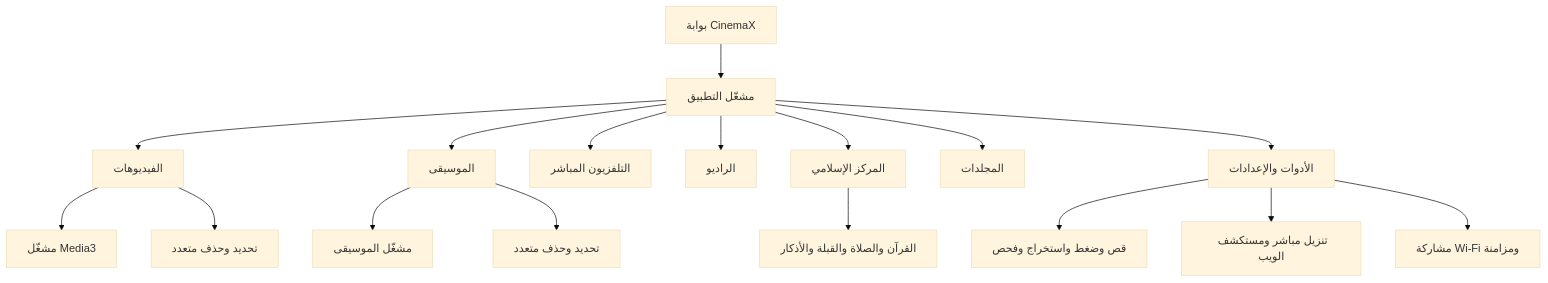
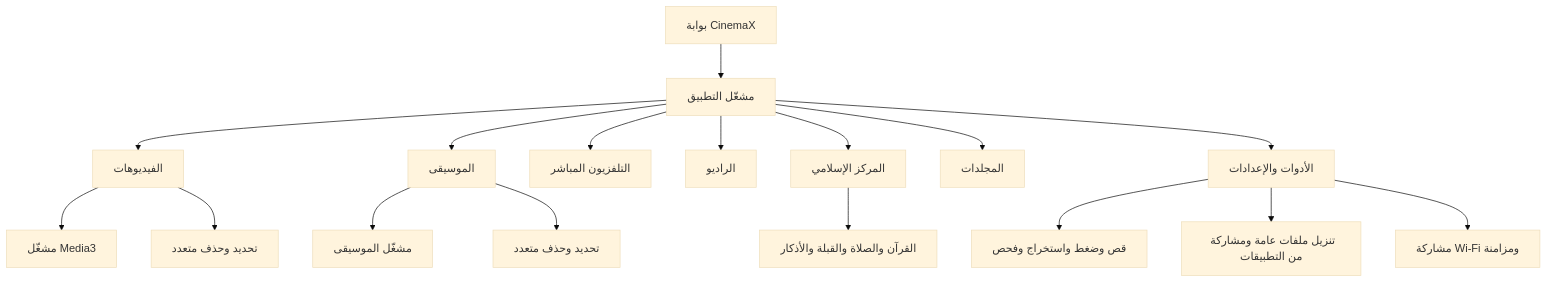
One commit to ibra8y3-web/CinemaX-Player changed the first of 2 diagrams in README.md. Above: the diagram before and after it, drawn with Mermaid (base theme). The commit also changed other lines of this file and 6 other files, not shown here.

```diff
--- a/README.md
+++ b/README.md
@@ -151,20 +158,20 @@
 ~~~mermaid
 flowchart TD
     A["بوابة CinemaX"] --> B["مشغّل التطبيق"]
     B --> V["الفيديوهات"]
     B --> M["الموسيقى"]
     B --> L["التلفزيون المباشر"]
     B --> R["الراديو"]
     B --> I["المركز الإسلامي"]
     B --> F["المجلدات"]
     B --> T["الأدوات والإعدادات"]
 
     V --> VP["مشغّل Media3"]
     V --> VD["تحديد وحذف متعدد"]
     M --> MP["مشغّل الموسيقى"]
     M --> MD["تحديد وحذف متعدد"]
     T --> MT["قص وضغط واستخراج وفحص"]
-    T --> DL["تنزيل مباشر ومستكشف الويب"]
+    T --> DL["تنزيل ملفات عامة ومشاركة من التطبيقات"]
     T --> SH["مشاركة Wi-Fi ومزامنة"]
     I --> IQ["القرآن والصلاة والقبلة والأذكار"]
 ~~~
```
